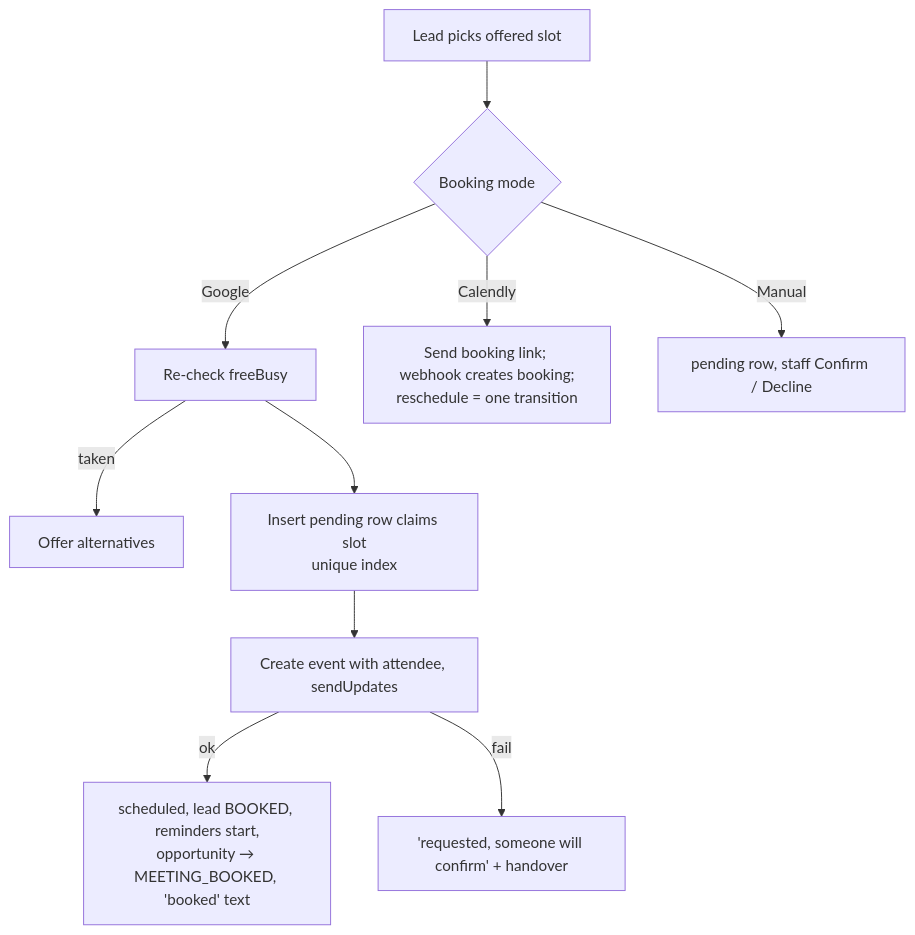
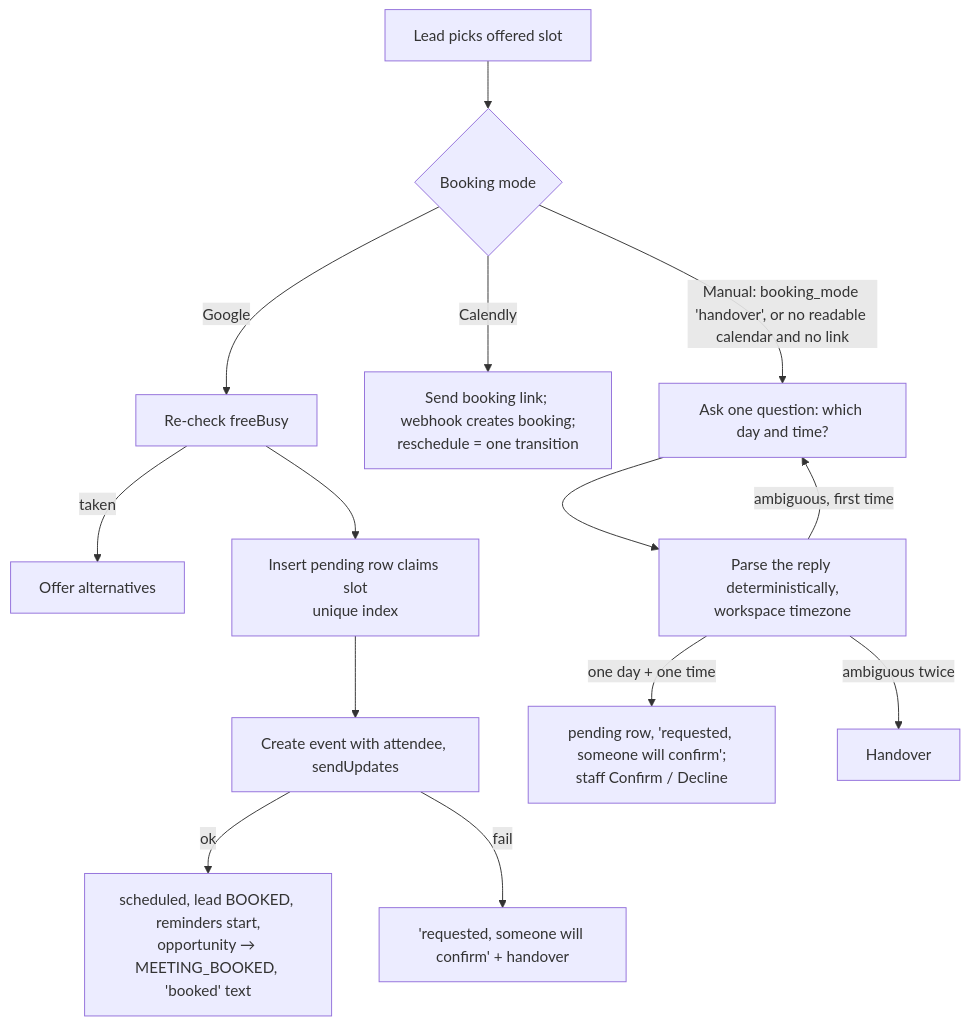
The eighth of 10 diagrams in docs/revenue-engine/07-architecture-maps.md (Blackwellen/ClientTurn), drawn with Mermaid before and after one commit. The commit also changed other lines of this file and 1053 other files, not shown here.

````diff
--- a/docs/revenue-engine/07-architecture-maps.md
+++ b/docs/revenue-engine/07-architecture-maps.md
@@ -172,11 +172,15 @@
 ```mermaid
 flowchart TD
   SLOT[Lead picks offered slot] --> MODE{Booking mode}
   MODE -->|Google| RC[Re-check freeBusy] -->|taken| ALT[Offer alternatives]
   RC --> PEND[Insert pending row claims slot<br/>unique index]
   PEND --> GEV[Create event with attendee, sendUpdates]
   GEV -->|ok| CONF[scheduled, lead BOOKED, reminders start,<br/>opportunity → MEETING_BOOKED, 'booked' text]
   GEV -->|fail| REQ['requested, someone will confirm' + handover]
   MODE -->|Calendly| LINK[Send booking link; webhook creates booking;<br/>reschedule = one transition]
-  MODE -->|Manual| MP[pending row, staff Confirm / Decline]
+  MODE -->|"Manual: booking_mode 'handover', or no readable calendar and no link"| ASKT[Ask one question: which day and time?]
+  ASKT --> PARSE[Parse the reply deterministically,<br/>workspace timezone]
+  PARSE -->|one day + one time| MP[pending row, 'requested, someone will confirm';<br/>staff Confirm / Decline]
+  PARSE -->|ambiguous, first time| ASKT
+  PARSE -->|ambiguous twice| HO[Handover]
 ```
````
